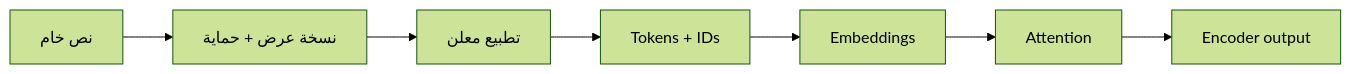
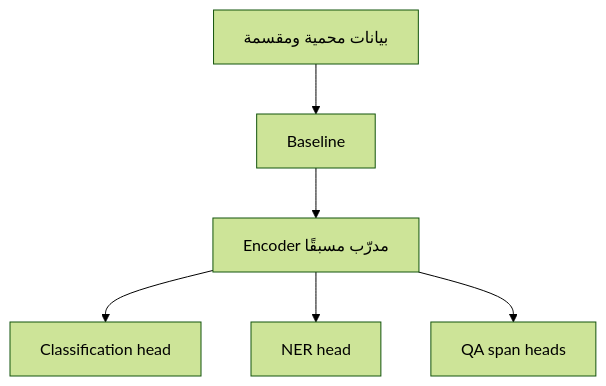
The diagram in README.md (Manal-qaysi/Bayan_App_NLP2), drawn with Mermaid (forest theme) before and after one commit. The commit also changed other lines of this file and 8 other files, not shown here.

````diff
--- a/README.md
+++ b/README.md
@@ -21,9 +67,8 @@
 ```mermaid
-flowchart LR
-    A["نص خام"] --> B["نسخة عرض + حماية"]
-    B --> C["تطبيع معلن"]
-    C --> D["Tokens + IDs"]
-    D --> E["Embeddings"]
-    E --> F["Attention"]
-    F --> G["Encoder output"]
+flowchart TD
+    A["بيانات محمية ومقسمة"] --> B["Baseline"]
+    B --> C["Encoder مدرّب مسبقًا"]
+    C --> D["Classification head"]
+    C --> E["NER head"]
+    C --> F["QA span heads"]
 ```
````
